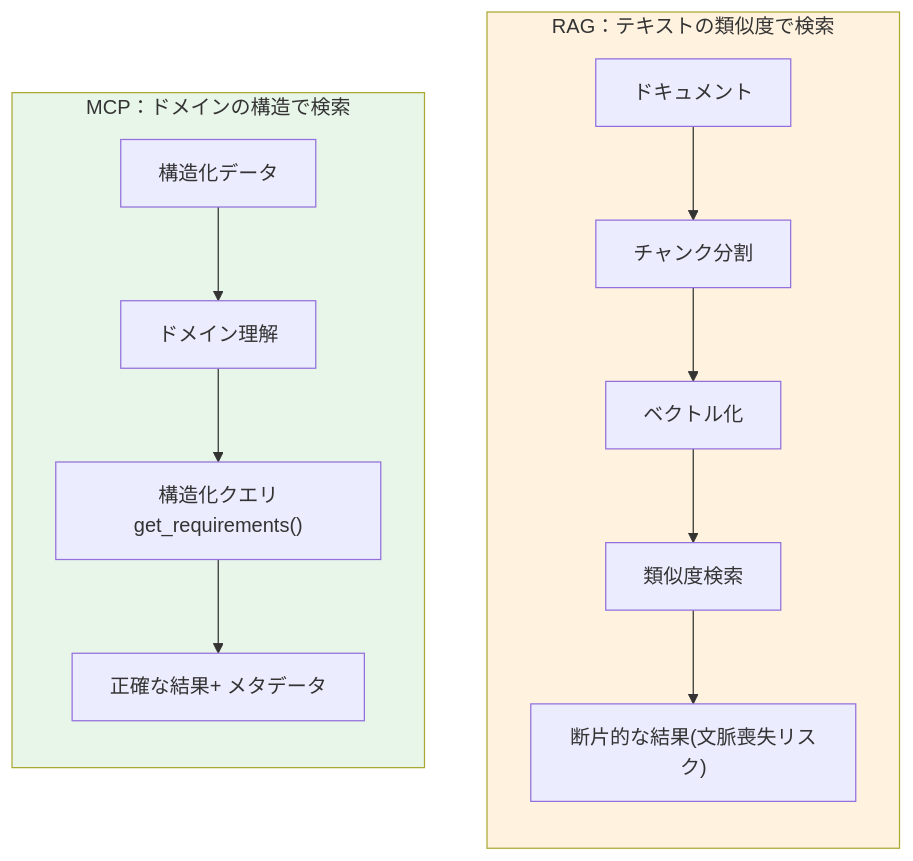
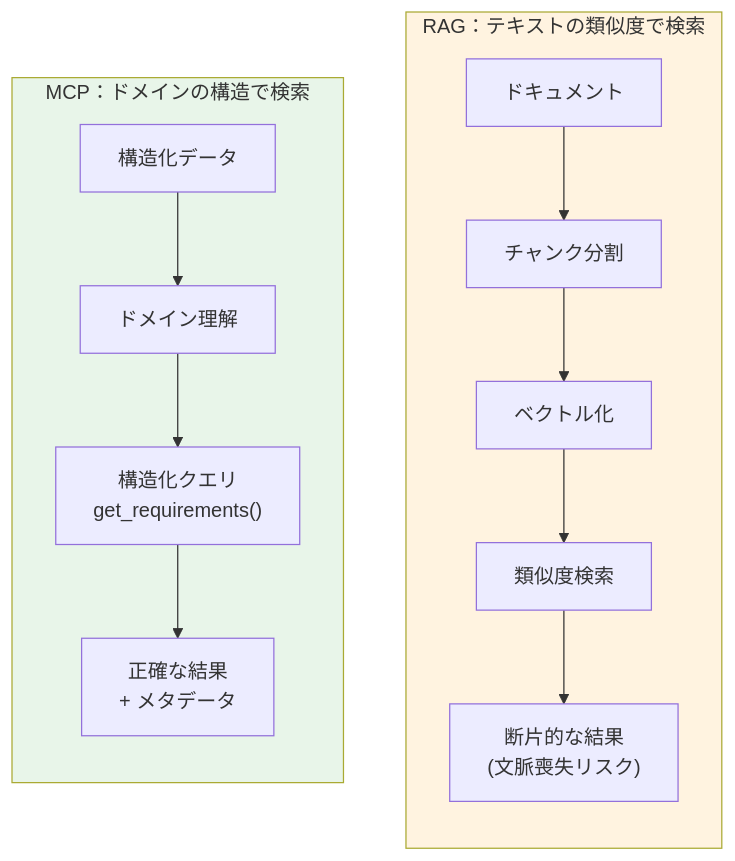
The ninth of 13 diagrams in docs/ja/concepts/04-ai-design-patterns.md (shuji-bonji/ai-agent-architecture), drawn with Mermaid before and after one commit. The commit also changed other lines of this file and 8 other files, not shown here.

````diff
--- a/docs/ja/concepts/04-ai-design-patterns.md
+++ b/docs/ja/concepts/04-ai-design-patterns.md
@@ -455,20 +539,20 @@
 ```mermaid
 flowchart TB
     subgraph RAG_APPROACH["RAG：テキストの類似度で検索"]
         direction TB
         R1[ドキュメント] --> R2[チャンク分割]
         R2 --> R3[ベクトル化]
         R3 --> R4[類似度検索]
-        R4 --> R5["断片的な結果<bn>(文脈喪失リスク)"]
+        R4 --> R5["断片的な結果<br>(文脈喪失リスク)"]
     end
 
     subgraph MCP_APPROACH["MCP：ドメインの構造で検索"]
         direction TB
         M1[構造化データ] --> M2[ドメイン理解]
-        M2 --> M3["構造化クエリ<bn>get_requirements()"]
-        M3 --> M4["正確な結果<bn>+ メタデータ"]
+        M2 --> M3["構造化クエリ<br>get_requirements()"]
+        M3 --> M4["正確な結果<br>+ メタデータ"]
     end
 
     style RAG_APPROACH fill:#fff3e0,color:#333
     style MCP_APPROACH fill:#e8f5e9,color:#333
 ```
````
